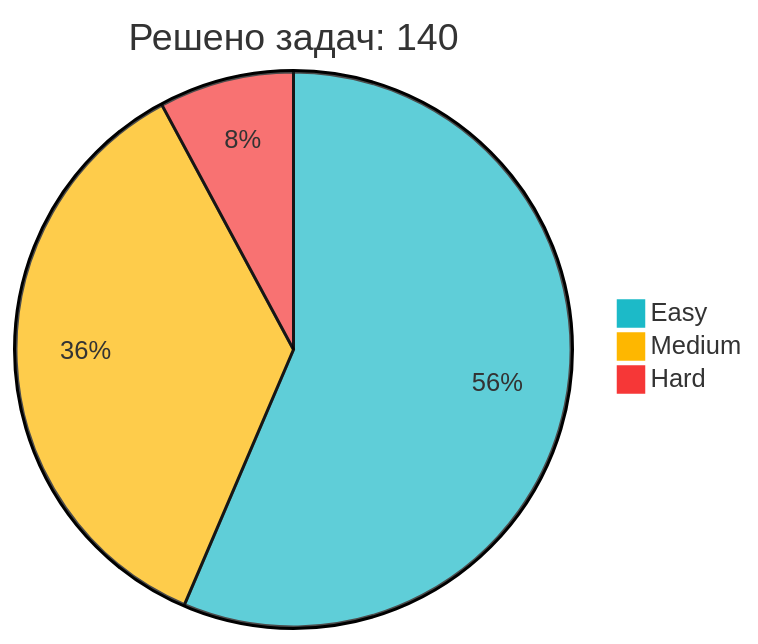
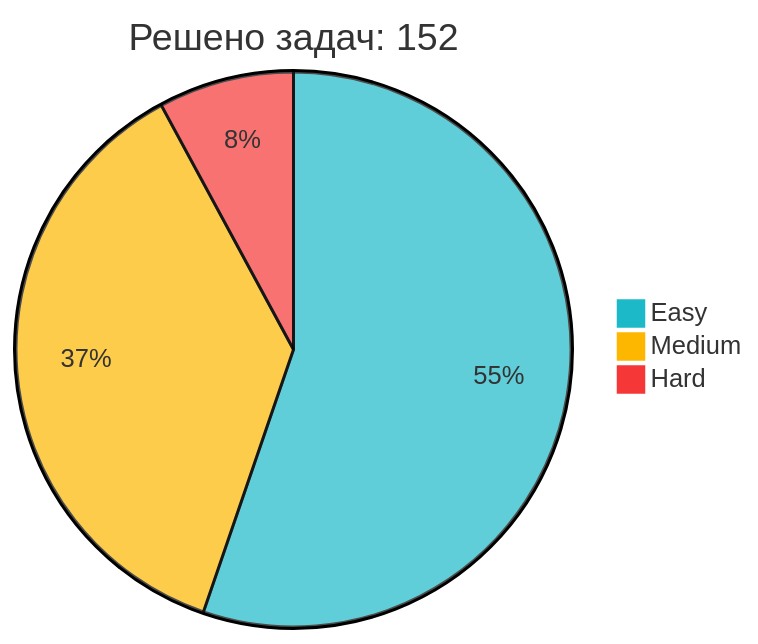
One commit to IliaKurdukov/IliaKurdukov changed the diagram in README.md. Above: the diagram before and after it, drawn with Mermaid. The commit also changed other lines of this file, not shown here.

Commit message:
📈 Обновление статистики LeetCode

````diff
--- a/README.md
+++ b/README.md
@@ -51,7 +51,7 @@
 ```mermaid
 %%{init: {'theme': 'base', 'themeVariables': { 'pie1': '#1CBAC8', 'pie2': '#FEB700', 'pie3': '#F63737' }, 'config': {'width': 300, 'height': 200}}}%%
-pie title Решено задач: 140
-   "Easy" : 79
-   "Medium" : 50
-   "Hard" : 11
+pie title Решено задач: 152
+   "Easy" : 84
+   "Medium" : 56
+   "Hard" : 12
 ```
````
